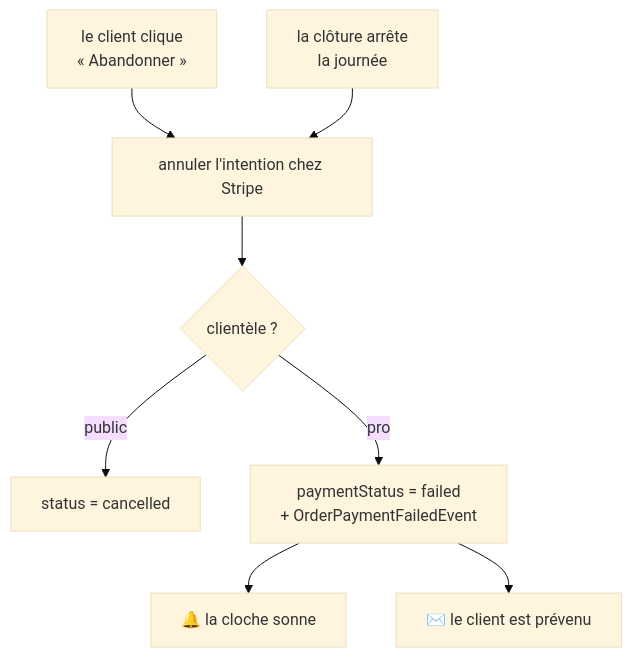
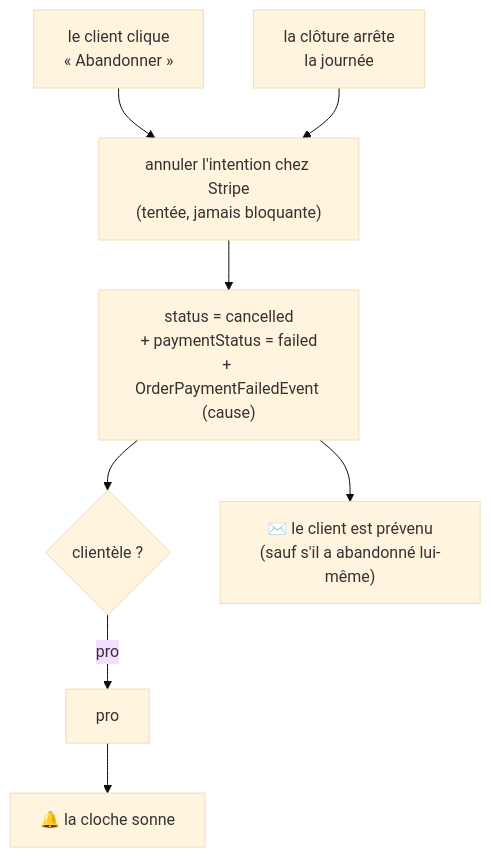
The second of 2 diagrams in documentation/order/plan-abandon-du-reglement.md (hugoheynard/lfd), drawn with Mermaid (base theme) before and after one commit. The commit also changed other lines of this file, not shown here.

First line of the commit message:
docs(order): Q7 — à la clôture, une commande pro non réglée est annulée

````diff
--- a/documentation/order/plan-abandon-du-reglement.md
+++ b/documentation/order/plan-abandon-du-reglement.md
@@ -259,10 +259,10 @@
 ```mermaid
 flowchart TD
     T1["le client clique<br/>« Abandonner »"] --> M
     T2["la clôture arrête<br/>la journée"] --> M
-    M["annuler l'intention chez Stripe"] --> Q{"clientèle ?"}
-    Q -->|public| CAN["status = cancelled"]
-    Q -->|pro| FAIL["paymentStatus = failed<br/>+ OrderPaymentFailedEvent"]
+    M["annuler l'intention chez Stripe<br/>(tentée, jamais bloquante)"] --> CAN["status = cancelled<br/>+ paymentStatus = failed<br/>+ OrderPaymentFailedEvent (cause)"]
+    CAN --> Q{"clientèle ?"}
+    Q -->|pro| FAIL["pro"]
     FAIL --> BELL["🔔 la cloche sonne"]
-    FAIL --> MAIL["✉️ le client est prévenu"]
+    CAN --> MAIL["✉️ le client est prévenu<br/>(sauf s'il a abandonné lui-même)"]
 ```
````
